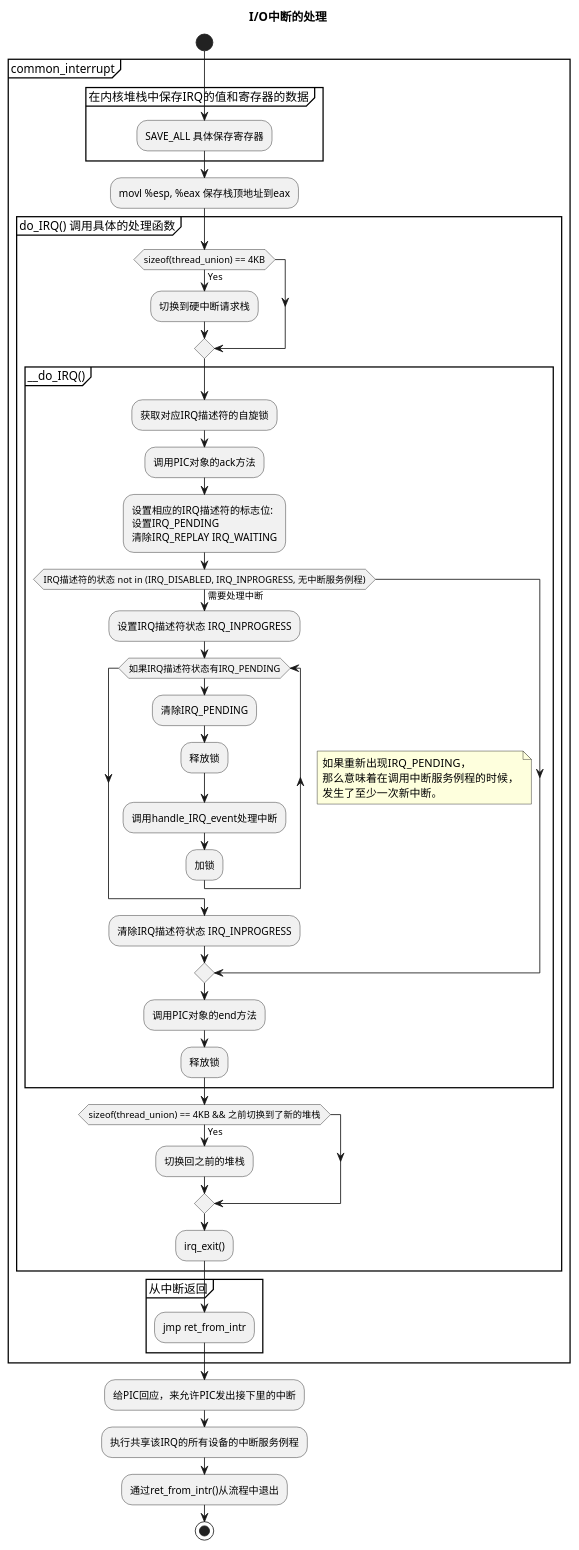
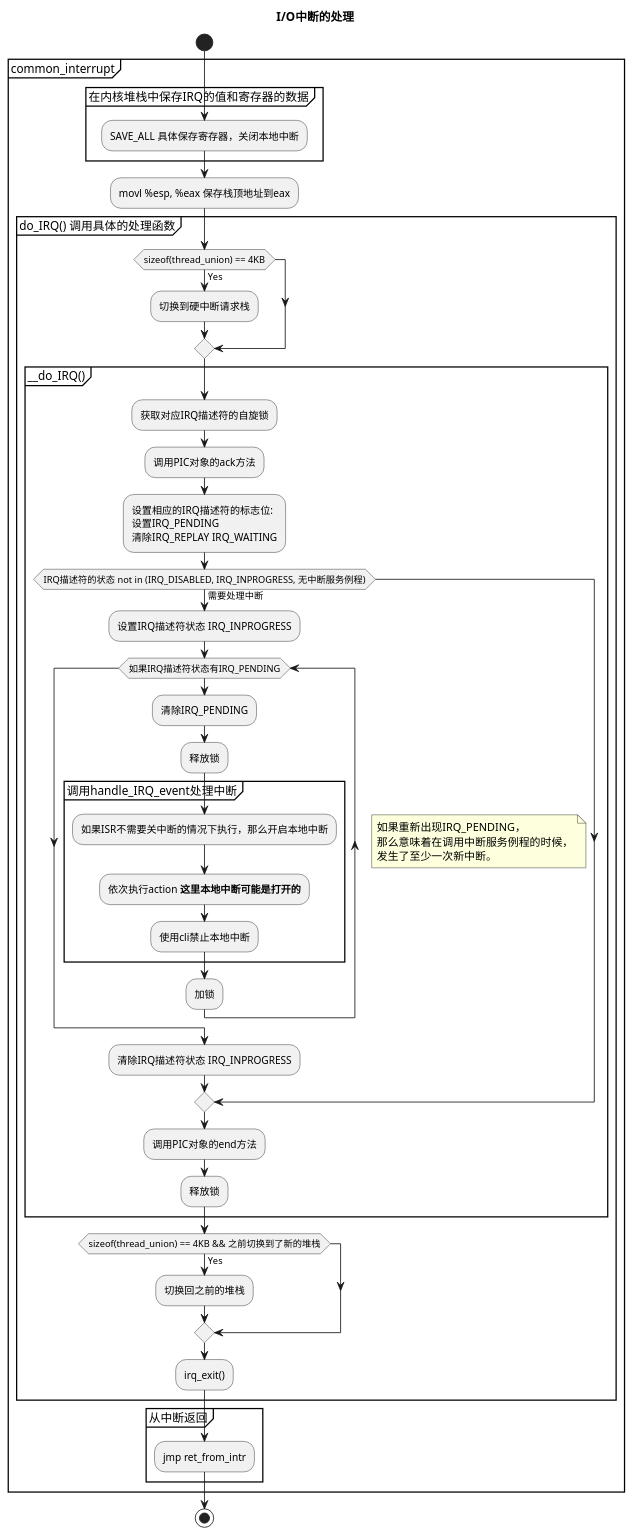
Before and after one commit to er1c-zh/blog: the fourth of 5 diagrams in site/content/post/linux/interrupt-and-exception.md, drawn with PlantUML. The commit also changed other lines of this file, not shown here.

````diff
--- a/site/content/post/linux/interrupt-and-exception.md
+++ b/site/content/post/linux/interrupt-and-exception.md
@@ -117,51 +164,52 @@
 ```plantuml
 @startuml
 title I/O中断的处理
 
 start
 partition common_interrupt {
     partition 在内核堆栈中保存IRQ的值和寄存器的数据 {
-        :SAVE_ALL 具体保存寄存器;
+        :SAVE_ALL 具体保存寄存器，关闭本地中断;
     }
     :movl %esp, %eax 保存栈顶地址到eax;
     partition "do_IRQ() 调用具体的处理函数" {
         if (sizeof(thread_union) == 4KB) then (Yes)
             :切换到硬中断请求栈;
         endif
         partition "__do_IRQ()" {
             :获取对应IRQ描述符的自旋锁;
             :调用PIC对象的ack方法;
             :设置相应的IRQ描述符的标志位:\n设置IRQ_PENDING\n清除IRQ_REPLAY IRQ_WAITING;
             if (IRQ描述符的状态 not in (IRQ_DISABLED, IRQ_INPROGRESS, 无中断服务例程)) then (需要处理中断)
                 :设置IRQ描述符状态 IRQ_INPROGRESS;
                 while (如果IRQ描述符状态有IRQ_PENDING) 
                     note right
                         如果重新出现IRQ_PENDING，
                         那么意味着在调用中断服务例程的时候，
                         发生了至少一次新中断。
                     end note
                     :清除IRQ_PENDING;
                     :释放锁;
-                    :调用handle_IRQ_event处理中断;
+                    partition "调用handle_IRQ_event处理中断" {
+                        :如果ISR不需要关中断的情况下执行，那么开启本地中断;
+                        :依次执行action **这里本地中断可能是打开的**;
+                        :使用cli禁止本地中断;
+                    }
                     :加锁;
                 endwhile
                 :清除IRQ描述符状态 IRQ_INPROGRESS;
             endif
             :调用PIC对象的end方法;
             :释放锁;
         }
         if (sizeof(thread_union) == 4KB && 之前切换到了新的堆栈) then (Yes)
             :切换回之前的堆栈;
         endif
         :irq_exit();
     }
     partition 从中断返回 {
         :jmp ret_from_intr;
     }
 }
-:给PIC回应，来允许PIC发出接下里的中断;
-:执行共享该IRQ的所有设备的中断服务例程;
-:通过ret_from_intr()从流程中退出;
 stop
 @enduml
 ```
````
